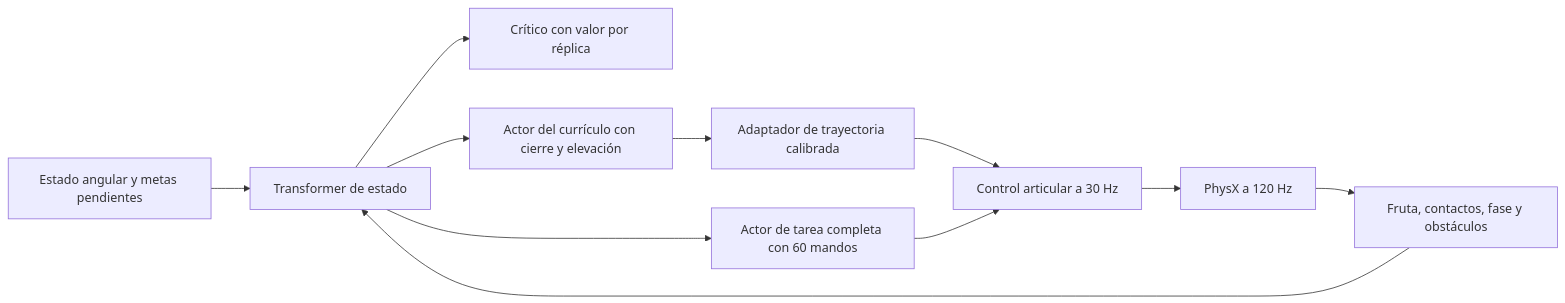
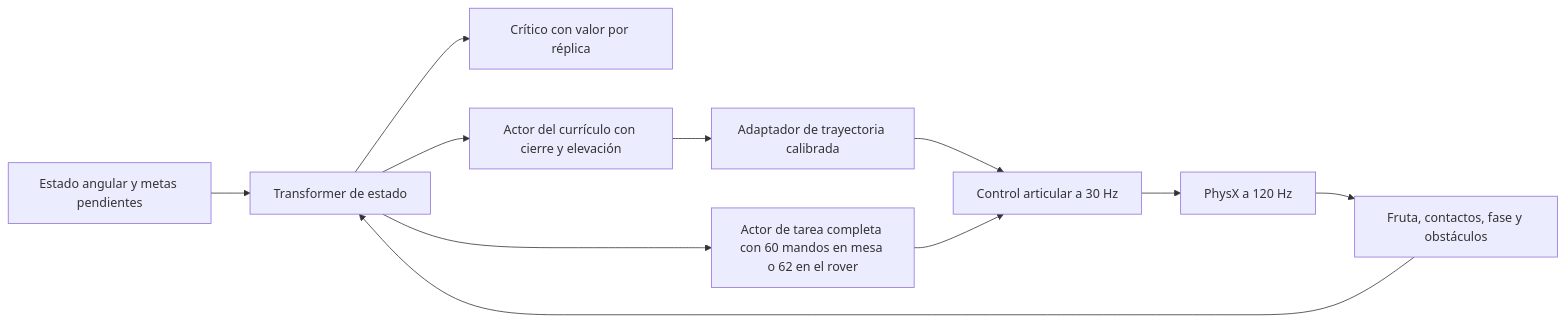
Before and after one commit to prel2014/AIGROROBOT: the first of 2 diagrams in docs/architecture.md, drawn with Mermaid. The commit also changed other lines of this file and 25 other files, not shown here.

````diff
--- a/docs/architecture.md
+++ b/docs/architecture.md
@@ -7,13 +7,13 @@
 ```mermaid
 flowchart LR
     A[Estado angular y metas pendientes] --> T[Transformer de estado]
     B[Fruta, contactos, fase y obstáculos] --> T
     T --> C[Crítico con valor por réplica]
     T --> D[Actor del currículo con cierre y elevación]
-    T --> E[Actor de tarea completa con 60 mandos]
+    T --> E[Actor de tarea completa con 60 mandos en mesa o 62 en el rover]
     D --> F[Adaptador de trayectoria calibrada]
     F --> G[Control articular a 30 Hz]
     E --> G
     G --> H[PhysX a 120 Hz]
     H --> B
 ```
````
